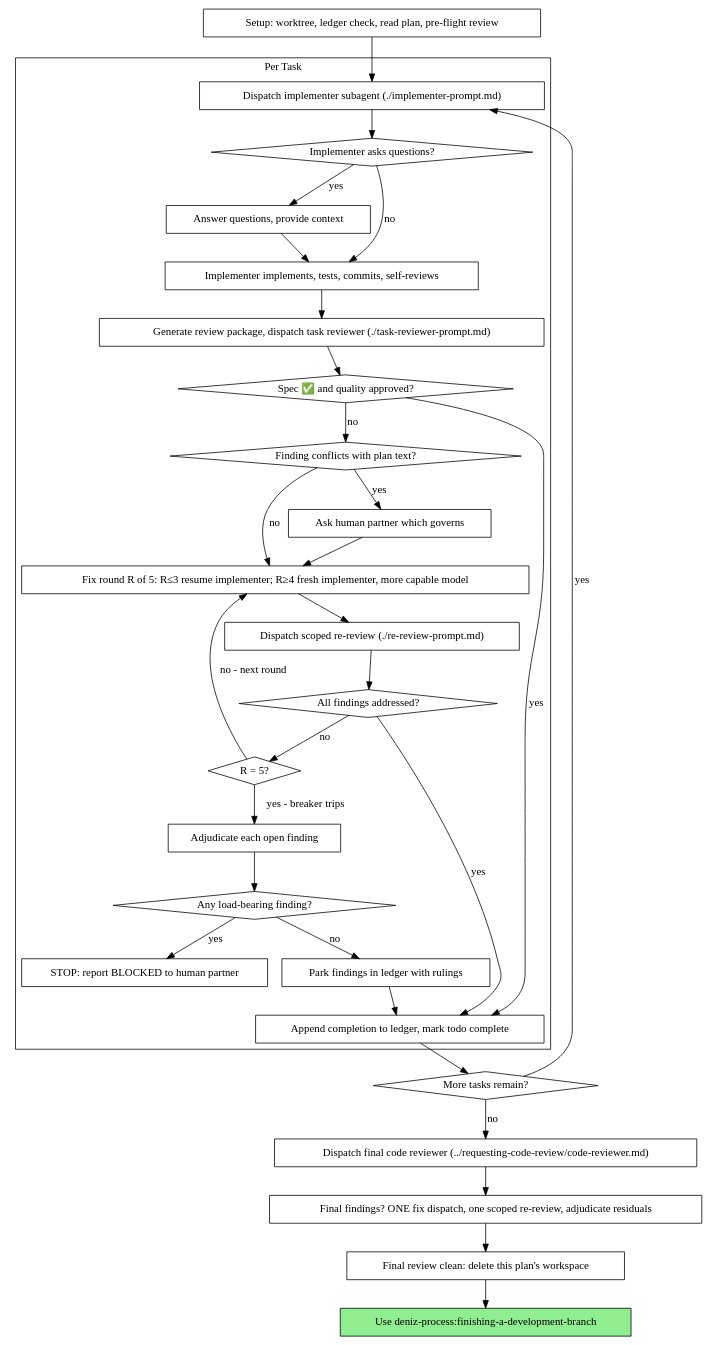
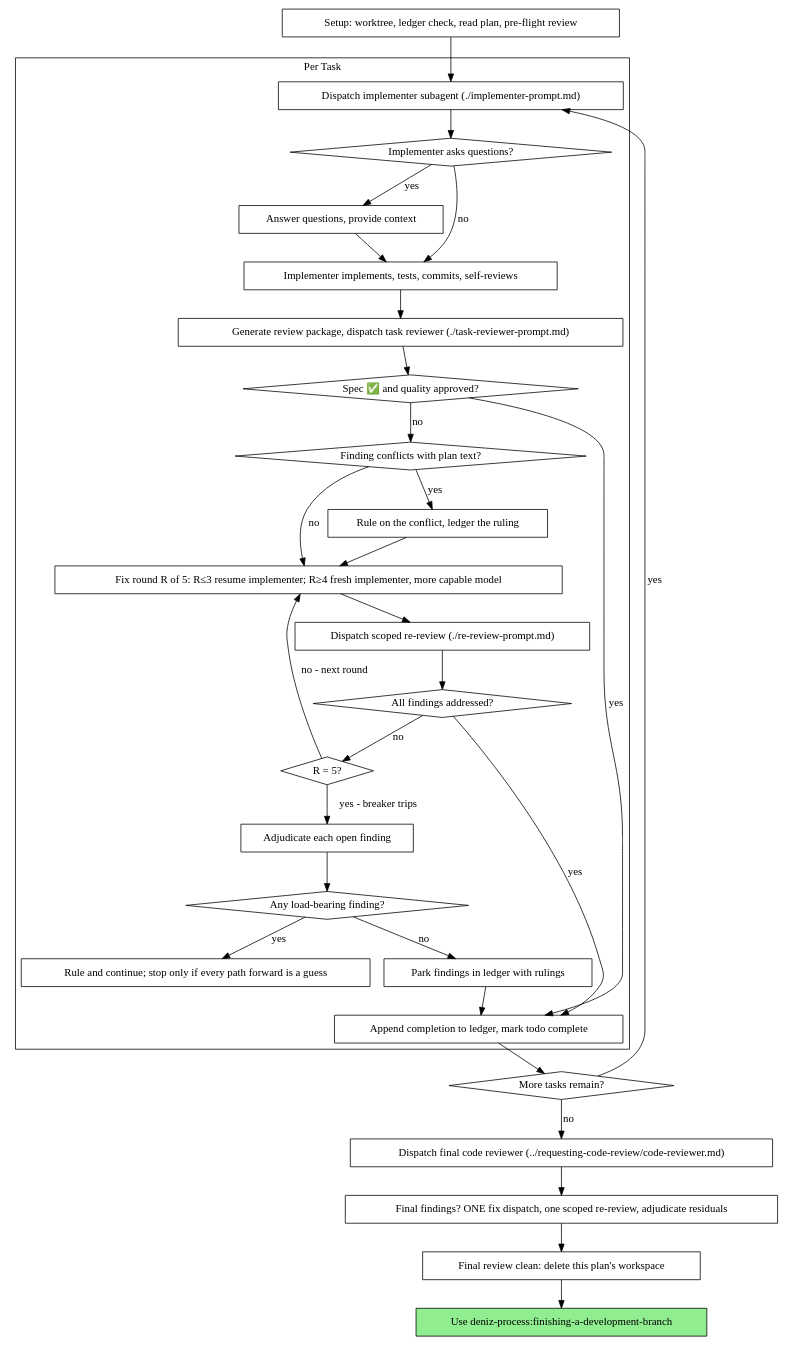
One commit to Blind-Striker/agent-skills-and-plugins changed the second of 2 diagrams in plugins/deniz-process/skills/subagent-driven-development/SKILL.md. Above: the diagram before and after it, drawn with Graphviz. The commit also changed other lines of this file and 45 other files, not shown here.

````diff
--- a/plugins/deniz-process/skills/subagent-driven-development/SKILL.md
+++ b/plugins/deniz-process/skills/subagent-driven-development/SKILL.md
@@ -48,62 +62,62 @@
 ```dot
 digraph process {
     rankdir=TB;
 
     subgraph cluster_per_task {
         label="Per Task";
         "Dispatch implementer subagent (./implementer-prompt.md)" [shape=box];
         "Implementer asks questions?" [shape=diamond];
         "Answer questions, provide context" [shape=box];
         "Implementer implements, tests, commits, self-reviews" [shape=box];
         "Generate review package, dispatch task reviewer (./task-reviewer-prompt.md)" [shape=box];
         "Spec ✅ and quality approved?" [shape=diamond];
         "Finding conflicts with plan text?" [shape=diamond];
-        "Ask human partner which governs" [shape=box];
+        "Rule on the conflict, ledger the ruling" [shape=box];
         "Fix round R of 5: R≤3 resume implementer; R≥4 fresh implementer, more capable model" [shape=box];
         "Dispatch scoped re-review (./re-review-prompt.md)" [shape=box];
         "All findings addressed?" [shape=diamond];
         "R = 5?" [shape=diamond];
         "Adjudicate each open finding" [shape=box];
         "Any load-bearing finding?" [shape=diamond];
-        "STOP: report BLOCKED to human partner" [shape=box];
+        "Rule and continue; stop only if every path forward is a guess" [shape=box];
         "Park findings in ledger with rulings" [shape=box];
         "Append completion to ledger, mark todo complete" [shape=box];
     }
 
     "Setup: worktree, ledger check, read plan, pre-flight review" [shape=box];
     "More tasks remain?" [shape=diamond];
     "Dispatch final code reviewer (../requesting-code-review/code-reviewer.md)" [shape=box];
     "Final findings? ONE fix dispatch, one scoped re-review, adjudicate residuals" [shape=box];
     "Final review clean: delete this plan's workspace" [shape=box];
     "Use deniz-process:finishing-a-development-branch" [shape=box style=filled fillcolor=lightgreen];
 
     "Setup: worktree, ledger check, read plan, pre-flight review" -> "Dispatch implementer subagent (./implementer-prompt.md)";
     "Dispatch implementer subagent (./implementer-prompt.md)" -> "Implementer asks questions?";
     "Implementer asks questions?" -> "Answer questions, provide context" [label="yes"];
     "Answer questions, provide context" -> "Implementer implements, tests, commits, self-reviews";
     "Implementer asks questions?" -> "Implementer implements, tests, commits, self-reviews" [label="no"];
     "Implementer implements, tests, commits, self-reviews" -> "Generate review package, dispatch task reviewer (./task-reviewer-prompt.md)";
     "Generate review package, dispatch task reviewer (./task-reviewer-prompt.md)" -> "Spec ✅ and quality approved?";
     "Spec ✅ and quality approved?" -> "Append completion to ledger, mark todo complete" [label="yes"];
     "Spec ✅ and quality approved?" -> "Finding conflicts with plan text?" [label="no"];
-    "Finding conflicts with plan text?" -> "Ask human partner which governs" [label="yes"];
-    "Ask human partner which governs" -> "Fix round R of 5: R≤3 resume implementer; R≥4 fresh implementer, more capable model";
+    "Finding conflicts with plan text?" -> "Rule on the conflict, ledger the ruling" [label="yes"];
+    "Rule on the conflict, ledger the ruling" -> "Fix round R of 5: R≤3 resume implementer; R≥4 fresh implementer, more capable model";
     "Finding conflicts with plan text?" -> "Fix round R of 5: R≤3 resume implementer; R≥4 fresh implementer, more capable model" [label="no"];
     "Fix round R of 5: R≤3 resume implementer; R≥4 fresh implementer, more capable model" -> "Dispatch scoped re-review (./re-review-prompt.md)";
     "Dispatch scoped re-review (./re-review-prompt.md)" -> "All findings addressed?";
     "All findings addressed?" -> "Append completion to ledger, mark todo complete" [label="yes"];
     "All findings addressed?" -> "R = 5?" [label="no"];
     "R = 5?" -> "Fix round R of 5: R≤3 resume implementer; R≥4 fresh implementer, more capable model" [label="no - next round"];
     "R = 5?" -> "Adjudicate each open finding" [label="yes - breaker trips"];
     "Adjudicate each open finding" -> "Any load-bearing finding?";
-    "Any load-bearing finding?" -> "STOP: report BLOCKED to human partner" [label="yes"];
+    "Any load-bearing finding?" -> "Rule and continue; stop only if every path forward is a guess" [label="yes"];
     "Any load-bearing finding?" -> "Park findings in ledger with rulings" [label="no"];
     "Park findings in ledger with rulings" -> "Append completion to ledger, mark todo complete";
     "Append completion to ledger, mark todo complete" -> "More tasks remain?";
     "More tasks remain?" -> "Dispatch implementer subagent (./implementer-prompt.md)" [label="yes"];
     "More tasks remain?" -> "Dispatch final code reviewer (../requesting-code-review/code-reviewer.md)" [label="no"];
     "Dispatch final code reviewer (../requesting-code-review/code-reviewer.md)" -> "Final findings? ONE fix dispatch, one scoped re-review, adjudicate residuals";
     "Final findings? ONE fix dispatch, one scoped re-review, adjudicate residuals" -> "Final review clean: delete this plan's workspace";
     "Final review clean: delete this plan's workspace" -> "Use deniz-process:finishing-a-development-branch";
 }
 ```
````
